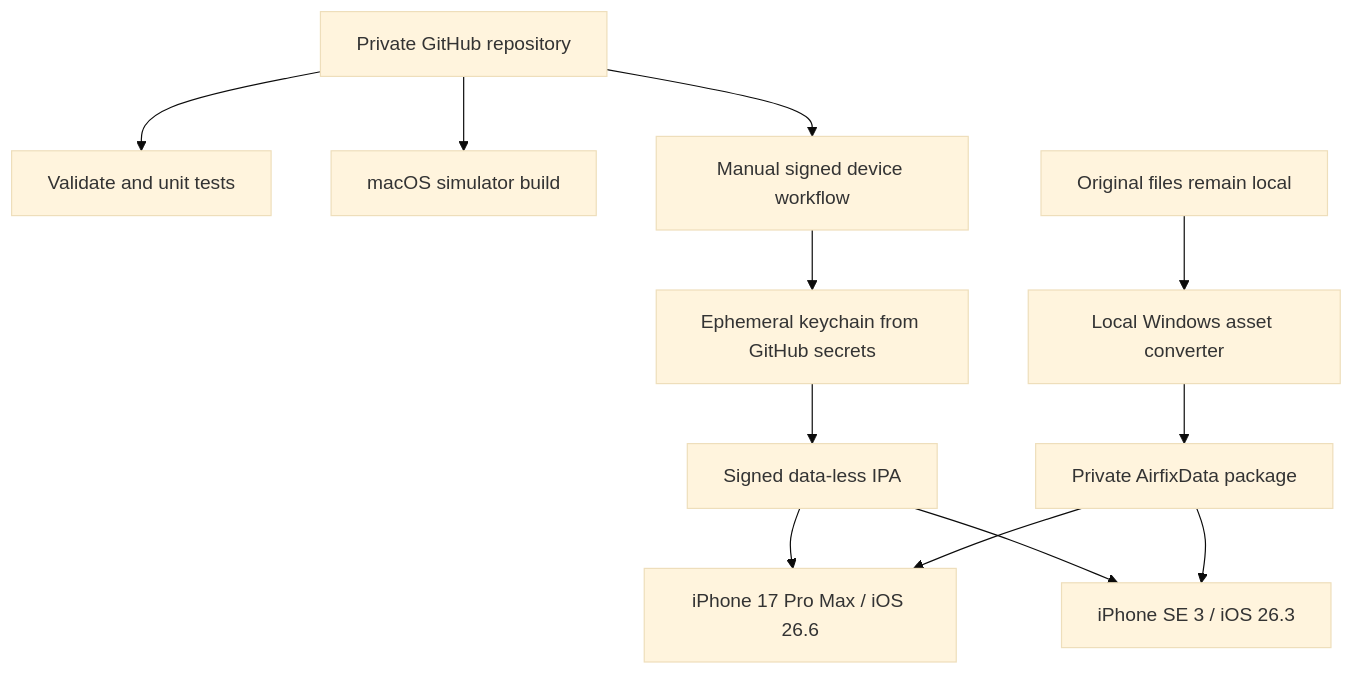
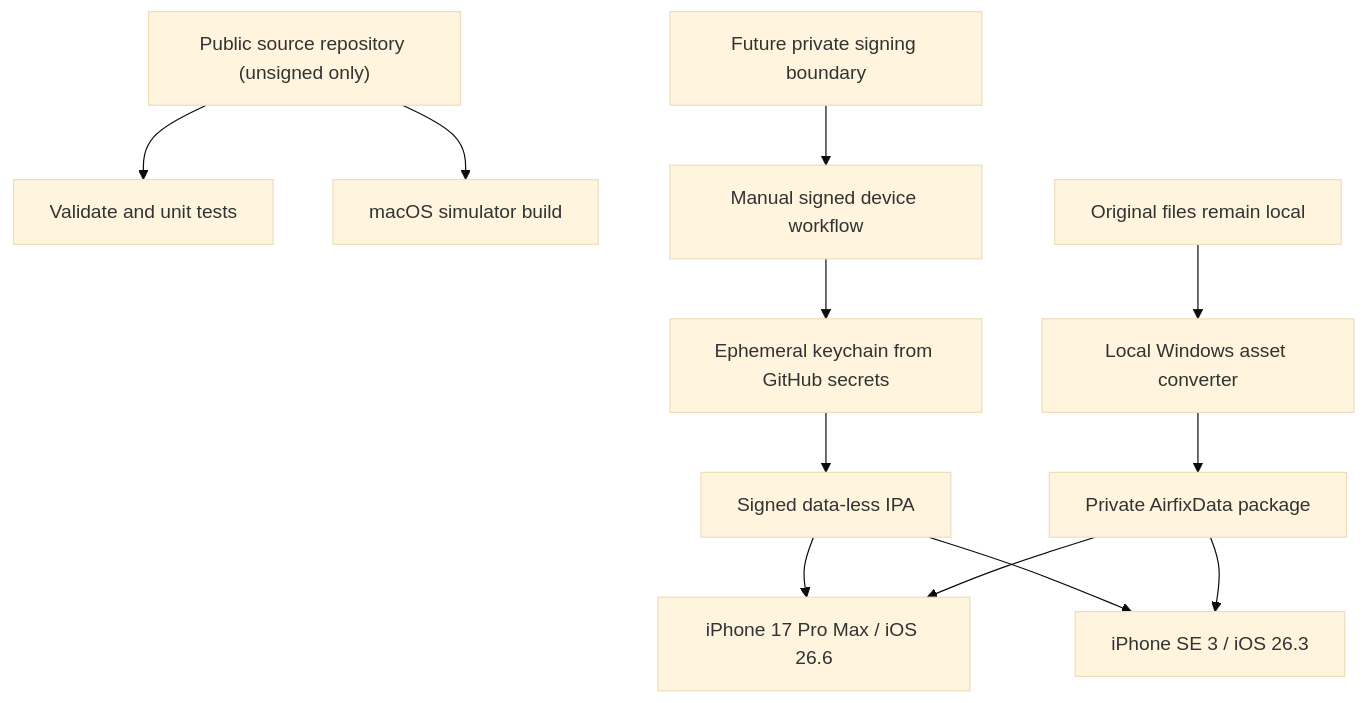
The diagram in docs/ci/GITHUB-ACTIONS-IOS.md (tryk016/airfix-dogfighter), drawn with Mermaid (base theme) before and after one commit. The commit also changed other lines of this file and 4 other files, not shown here.

````diff
--- a/docs/ci/GITHUB-ACTIONS-IOS.md
+++ b/docs/ci/GITHUB-ACTIONS-IOS.md
@@ -35,14 +42,14 @@
 ```mermaid
 flowchart TD
-    R["Private GitHub repository"] --> V["Validate and unit tests"]
+    R["Public source repository (unsigned only)"] --> V["Validate and unit tests"]
     R --> S["macOS simulator build"]
-    R --> D["Manual signed device workflow"]
+    P["Future private signing boundary"] --> D["Manual signed device workflow"]
     D --> K["Ephemeral keychain from GitHub secrets"]
     K --> I["Signed data-less IPA"]
     I --> P1["iPhone 17 Pro Max / iOS 26.6"]
     I --> P2["iPhone SE 3 / iOS 26.3"]
     O["Original files remain local"] --> C["Local Windows asset converter"]
     C --> A["Private AirfixData package"]
     A --> P1
     A --> P2
 ```
````
